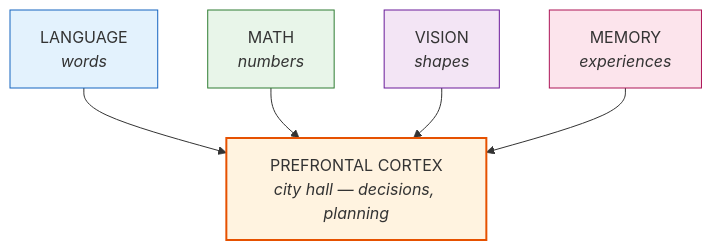
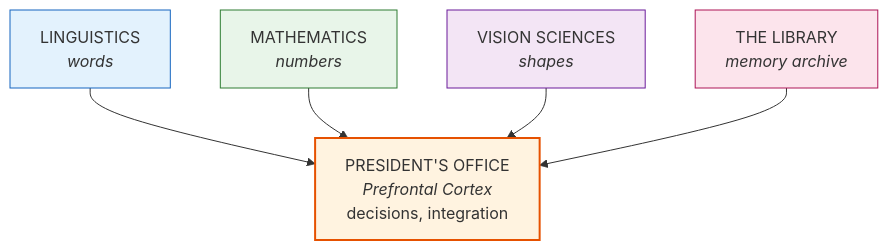
Before and after one commit to HariOm-Labs/brain-before-ai: the first of 6 diagrams in The-Brain-Story.md, drawn with Mermaid. The commit also changed other lines of this file, not shown here.

````diff
--- a/The-Brain-Story.md
+++ b/The-Brain-Story.md
@@ -46,20 +46,20 @@
 ```mermaid
 flowchart TD
-    PFC[PREFRONTAL CORTEX<br/><i>city hall — decisions, planning</i>]
+    PFC[PRESIDENT'S OFFICE<br/><i>Prefrontal Cortex</i><br/>decisions, integration]
 
-    L[LANGUAGE<br/><i>words</i>]
-    M[MATH<br/><i>numbers</i>]
-    V[VISION<br/><i>shapes</i>]
-    MEM[MEMORY<br/><i>experiences</i>]
+    L[LINGUISTICS<br/><i>words</i>]
+    M[MATHEMATICS<br/><i>numbers</i>]
+    V[VISION SCIENCES<br/><i>shapes</i>]
+    MEM[THE LIBRARY<br/><i>memory archive</i>]
 
     L --> PFC
     M --> PFC
     V --> PFC
     MEM --> PFC
 
     style PFC fill:#fff3e0,stroke:#e65100,stroke-width:2px
     style L fill:#e3f2fd,stroke:#1565c0
     style M fill:#e8f5e9,stroke:#2e7d32
     style V fill:#f3e5f5,stroke:#6a1b9a
     style MEM fill:#fce4ec,stroke:#ad1457
 ```
````
